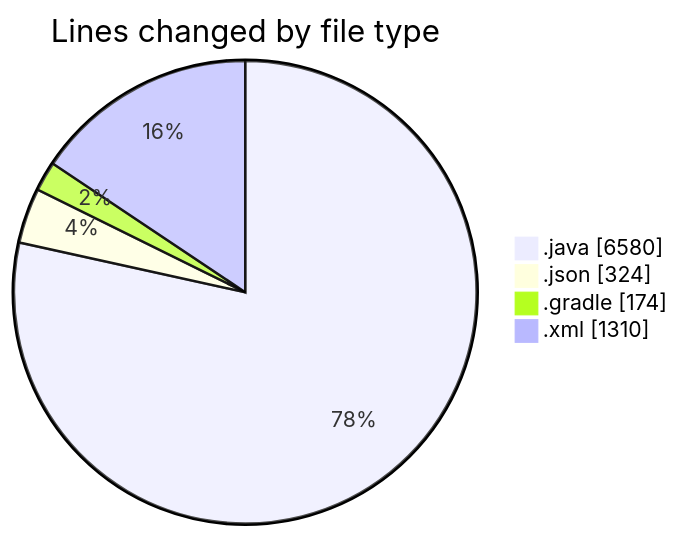
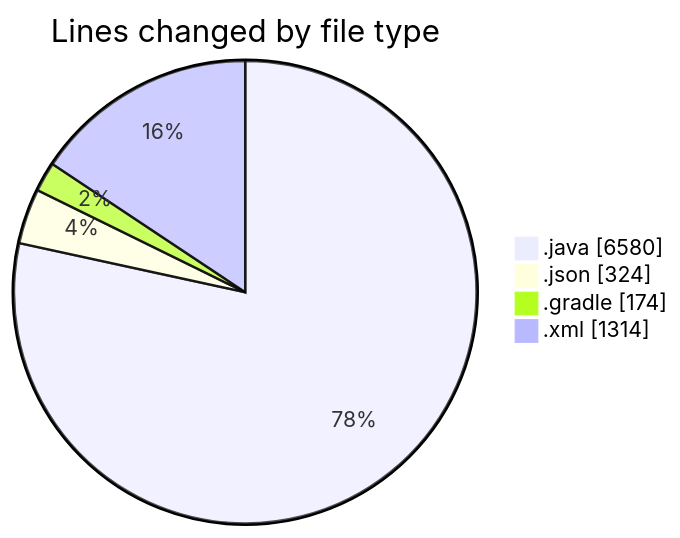
Before and after one commit to charlie-sans/code-tracking: the first of 2 diagrams in 2025-02-22/micros/README.md, drawn with Mermaid. The commit also changed other lines of this file and 1 other file, not shown here.

````diff
--- a/2025-02-22/micros/README.md
+++ b/2025-02-22/micros/README.md
@@ -67,8 +67,8 @@
 ```mermaid
 pie showData
 title Lines changed by file type
 ".java" : 6580
 ".json" : 324
 ".gradle" : 174
-".xml" : 1310
+".xml" : 1314
 ```
````
